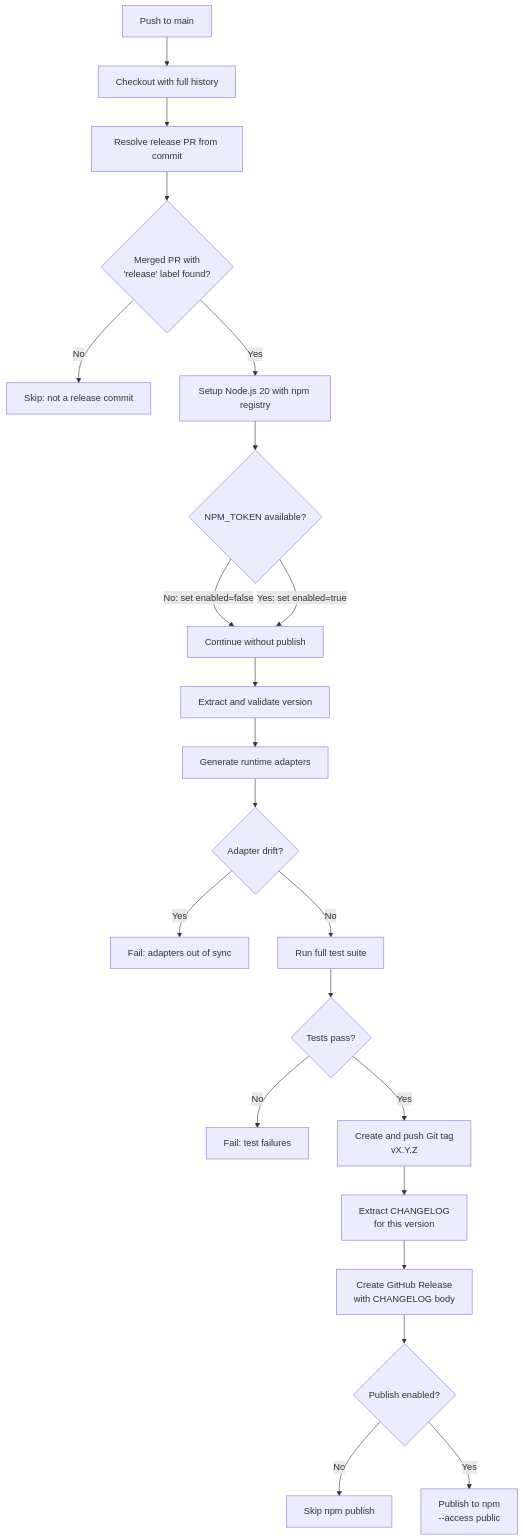
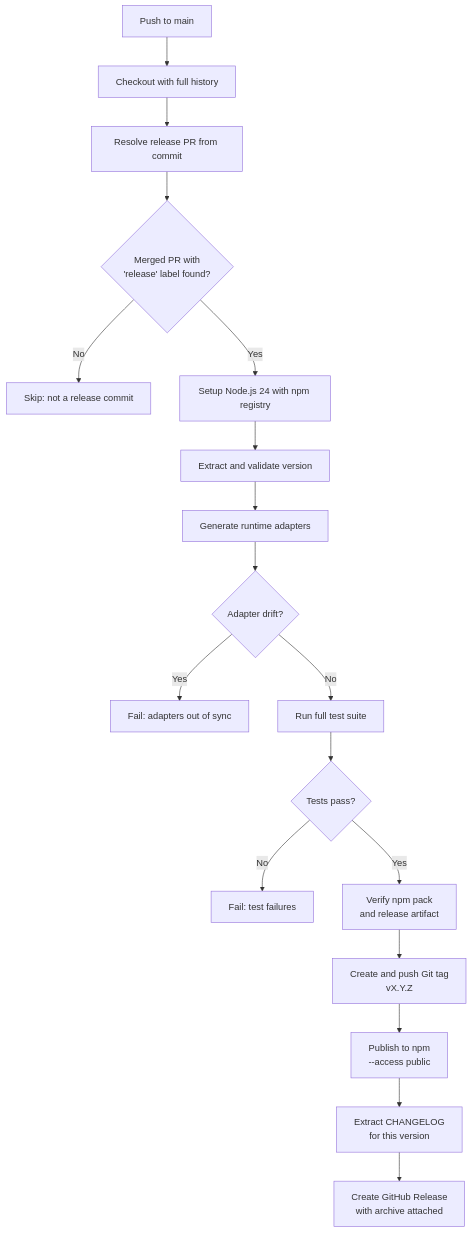
Before and after one commit to josstei/maestro-orchestrate: the eighth of 10 diagrams in docs/cicd.md, drawn with Mermaid. The commit also changed other lines of this file and 49 other files, not shown here.

First line of the commit message:
chore(release): transition npm package to @josstei/maestro (#82)

````diff
--- a/docs/cicd.md
+++ b/docs/cicd.md
@@ -473,24 +482,20 @@
 ```mermaid
 graph TD
     A["Push to main"] --> B["Checkout with full history"]
     B --> C["Resolve release PR from commit"]
     C --> D{"Merged PR with<br/>'release' label found?"}
     D --> |"No"| E["Skip: not a release commit"]
-    D --> |"Yes"| F["Setup Node.js 20 with npm registry"]
-    F --> G{"NPM_TOKEN available?"}
-    G --> |"No: set enabled=false"| H["Continue without publish"]
-    G --> |"Yes: set enabled=true"| H
-    H --> I["Extract and validate version"]
+    D --> |"Yes"| F["Setup Node.js 24 with npm registry"]
+    F --> I["Extract and validate version"]
     I --> J["Generate runtime adapters"]
     J --> K{"Adapter drift?"}
     K --> |"Yes"| L["Fail: adapters out of sync"]
     K --> |"No"| M["Run full test suite"]
     M --> N{"Tests pass?"}
     N --> |"No"| O["Fail: test failures"]
-    N --> |"Yes"| P["Create and push Git tag<br/>vX.Y.Z"]
-    P --> Q["Extract CHANGELOG<br/>for this version"]
-    Q --> R["Create GitHub Release<br/>with CHANGELOG body"]
-    R --> S{"Publish enabled?"}
-    S --> |"No"| T["Skip npm publish"]
-    S --> |"Yes"| U["Publish to npm<br/>--access public"]
+    N --> |"Yes"| P["Verify npm pack<br/>and release artifact"]
+    P --> Q["Create and push Git tag<br/>vX.Y.Z"]
+    Q --> R["Publish to npm<br/>--access public"]
+    R --> S["Extract CHANGELOG<br/>for this version"]
+    S --> T["Create GitHub Release<br/>with archive attached"]
 ```
````
